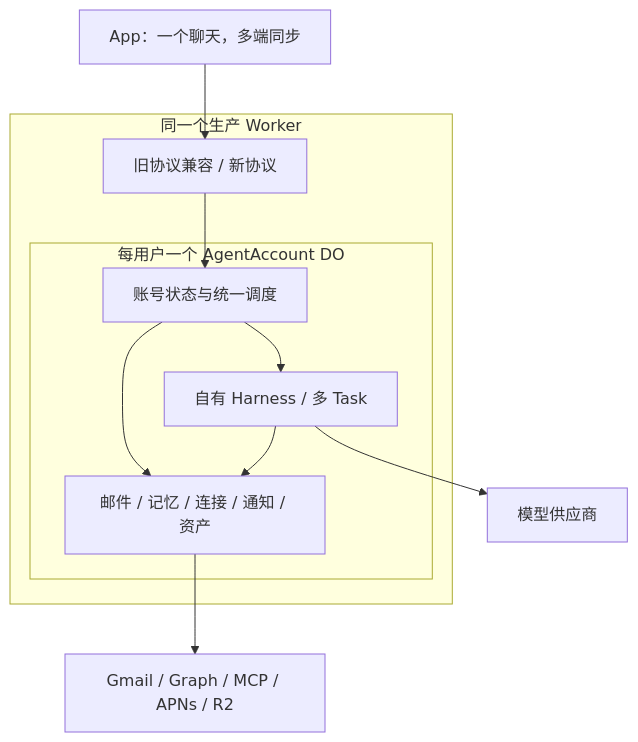
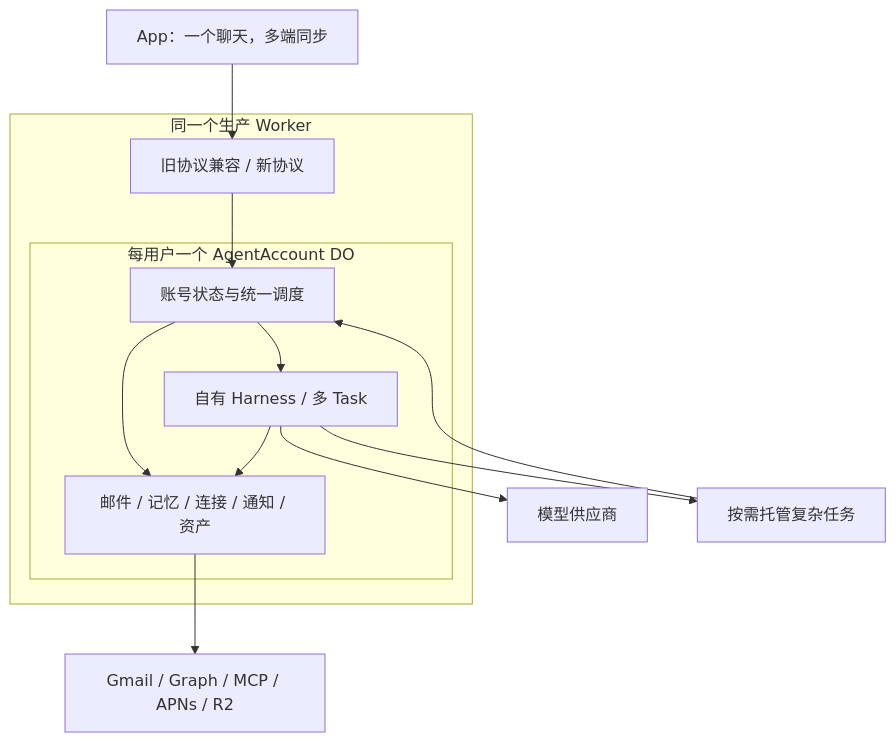
Before and after one commit to sim-628/maco-harness: the diagram in docs/full-backend-migration.md, drawn with Mermaid. The commit also changed other lines of this file and 3 other files, not shown here.

````diff
--- a/docs/full-backend-migration.md
+++ b/docs/full-backend-migration.md
@@ -62,19 +65,21 @@
 ```mermaid
 flowchart TB
   App["App：一个聊天，多端同步"]
   subgraph Worker["同一个生产 Worker"]
     Router["旧协议兼容 / 新协议"]
     subgraph Account["每用户一个 AgentAccount DO"]
       Coordinator["账号状态与统一调度"]
       Harness["自有 Harness / 多 Task"]
       Services["邮件 / 记忆 / 连接 / 通知 / 资产"]
       Coordinator --> Harness
       Coordinator --> Services
       Harness --> Services
     end
     Router --> Coordinator
   end
   App --> Router
   Harness --> Models["模型供应商"]
+  Harness --> Managed["按需托管复杂任务"]
+  Managed --> Coordinator
   Services --> External["Gmail / Graph / MCP / APNs / R2"]
 ```
````
